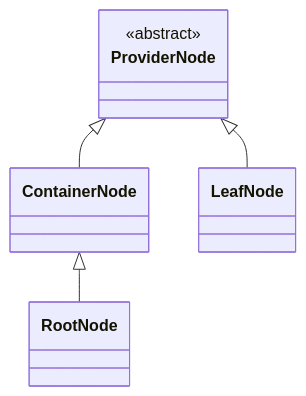
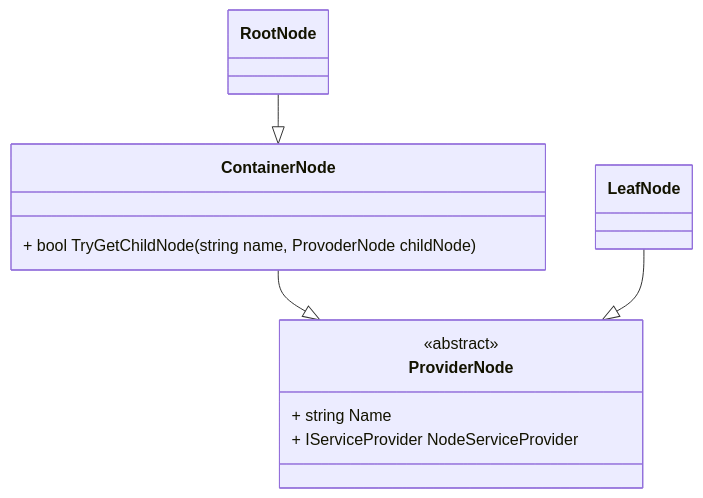
Before and after one commit to wgross/TreeStore.Core: the diagram in src/TreeStore.Core/Nodes/readme.md, drawn with Mermaid. The commit also changed other lines of this file and 5 other files, not shown here.

````diff
--- a/src/TreeStore.Core/Nodes/readme.md
+++ b/src/TreeStore.Core/Nodes/readme.md
@@ -5,9 +5,14 @@
 ```mermaid
 classDiagram
-	
-	ProviderNode <|-- ContainerNode
-	ProviderNode <|-- LeafNode
-	ContainerNode <|-- RootNode
-	
-	<<abstract>>ProviderNode
+	ContainerNode --|> ProviderNode
+	LeafNode --|> ProviderNode
+	RootNode --|> ContainerNode
+	class ContainerNode {
+		+ bool TryGetChildNode(string name, ProvoderNode childNode)
+	}
+	<<abstract>> ProviderNode
+	class ProviderNode {
+		+ string Name
+		+ IServiceProvider NodeServiceProvider
+	}
 ```
````
